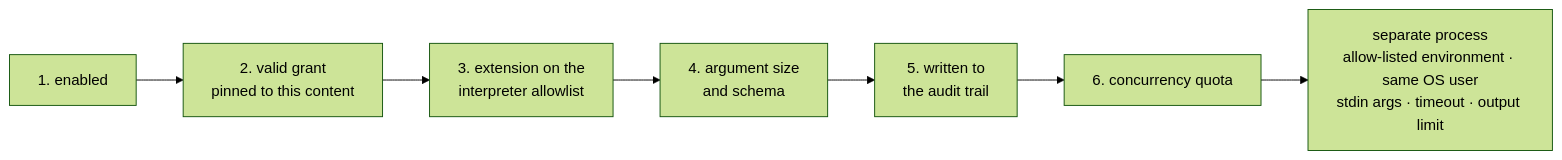
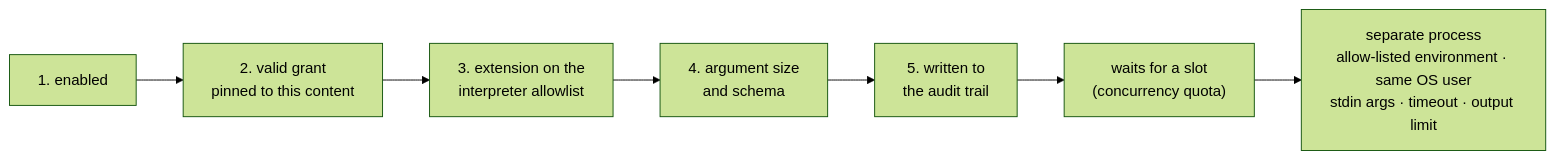
One commit to farukatasoy/Tracon changed the diagram in docs-site/src/content/docs/concepts/tools.md. Above: the diagram before and after it, drawn with Mermaid (forest theme). The commit also changed other lines of this file and 143 other files, not shown here.

````diff
--- a/docs-site/src/content/docs/concepts/tools.md
+++ b/docs-site/src/content/docs/concepts/tools.md
@@ -302,11 +303,11 @@
 ```mermaid
 flowchart LR
     accTitle: Skill script security gates
-    accDescr: A skill script runs only after the enabled flag, a tenant grant pinned to its content, the interpreter allowlist, argument validation, the audit write, and the concurrency quota all pass in order.
+    accDescr: A skill script runs only after the enabled flag, a tenant grant pinned to its content, the interpreter allowlist, argument validation and the audit write all pass in order; it then waits for a free slot under the concurrency quota.
     G1["1. enabled"] --> G2["2. valid grant<br/>pinned to this content"]
     G2 --> G3["3. extension on the<br/>interpreter allowlist"]
     G3 --> G4["4. argument size<br/>and schema"]
     G4 --> G5["5. written to<br/>the audit trail"]
-    G5 --> G6["6. concurrency quota"]
-    G6 --> RUN["separate process<br/>allow-listed environment · same OS user<br/>stdin args · timeout · output limit"]
+    G5 --> Q["waits for a slot<br/>(concurrency quota)"]
+    Q --> RUN["separate process<br/>allow-listed environment · same OS user<br/>stdin args · timeout · output limit"]
 ```
````
